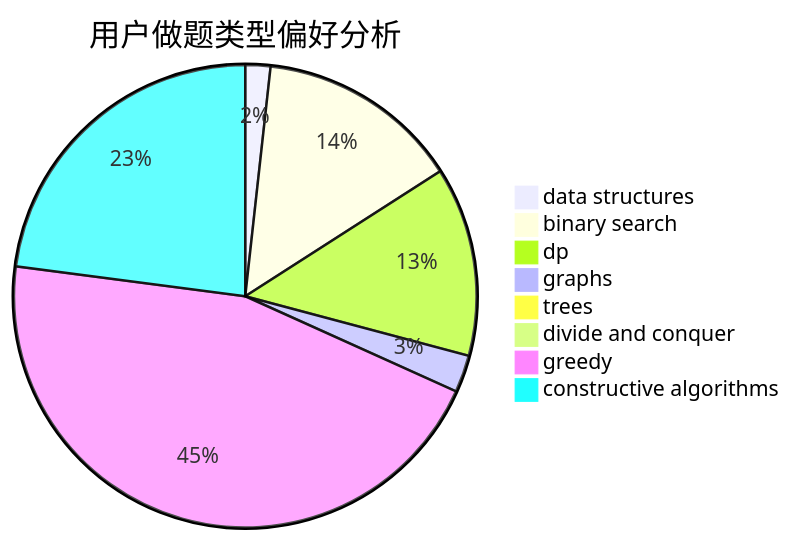
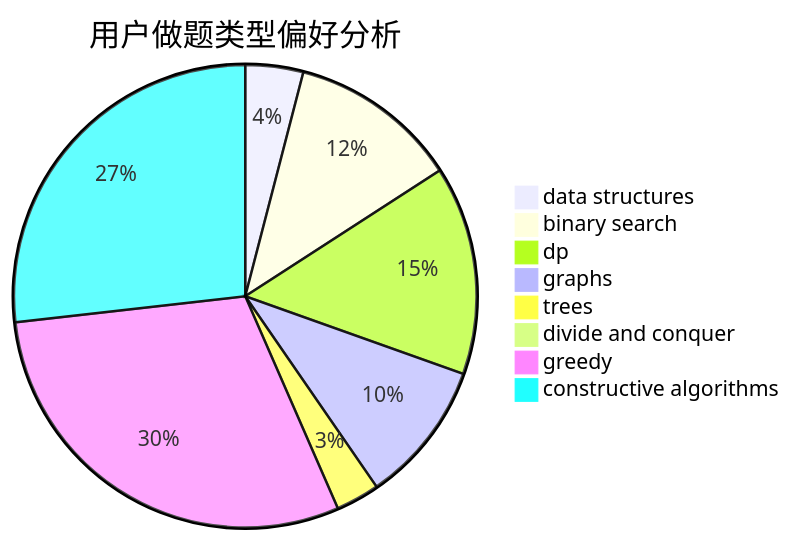
One commit to sherpahu/cfrs.github.io changed the second of 3 diagrams in docs/user/u493.md. Above: the diagram before and after it, drawn with Mermaid. The commit also changed other lines of this file and 2770 other files, not shown here.

````diff
--- a/docs/user/u493.md
+++ b/docs/user/u493.md
@@ -23,11 +23,11 @@
 ```mermaid
 pie title 用户做题类型偏好分析
-    "data structures" :  35
-    "binary search" :  283
-    "dp" :  264
-    "graphs" :  52
-    "trees" :  13
-    "divide and conquer" :  1
-    "greedy" :  905
-    "constructive algorithms" :  458
+    "data structures" :  41
+    "binary search" :  120
+    "dp" :  148
+    "graphs" :  101
+    "trees" :  31
+    "divide and conquer" :  0
+    "greedy" :  302
+    "constructive algorithms" :  272
 ```
````
